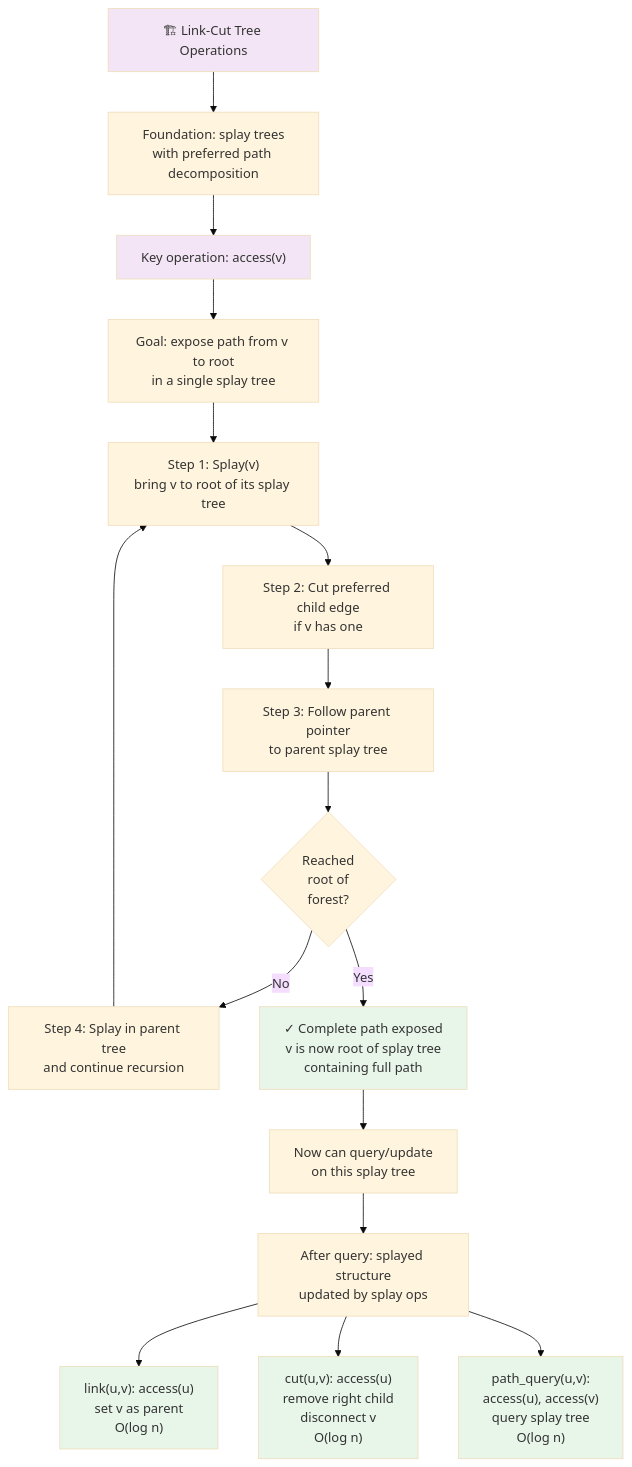
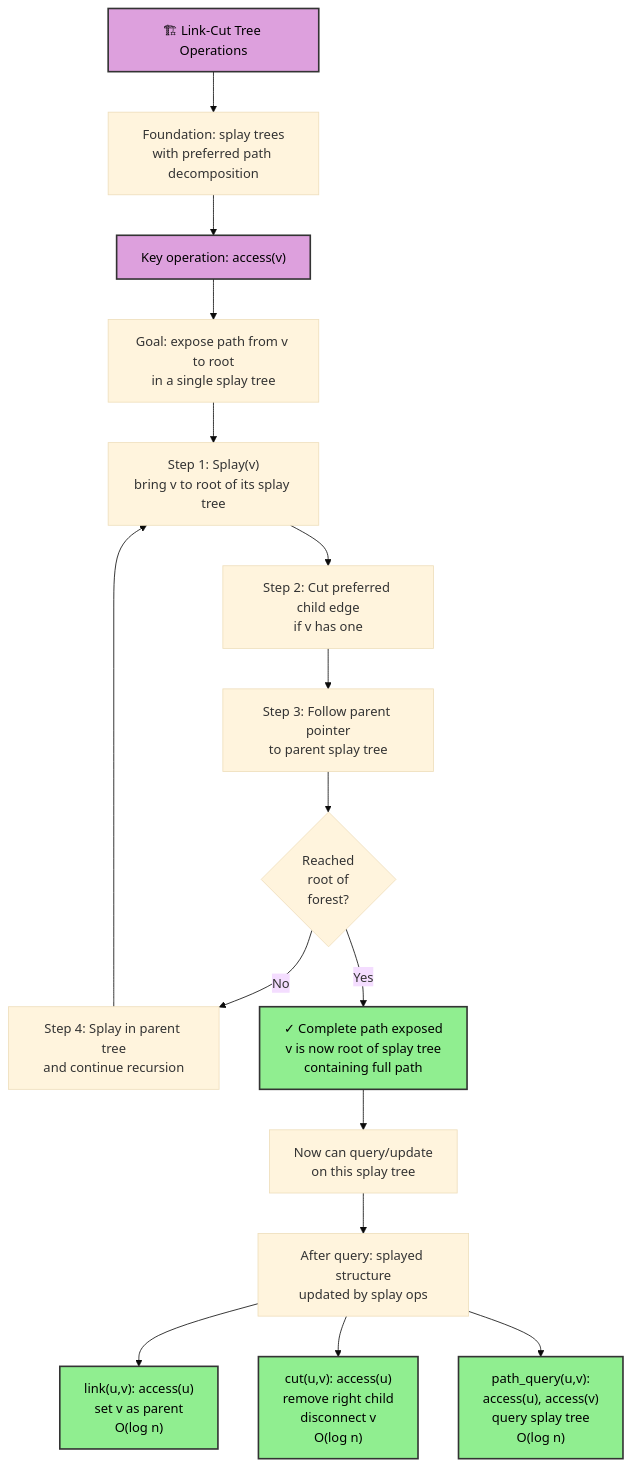
The third of 4 diagrams in docs/advanced_ds/link_cut_tree.md (souradeepta/interviewprep), drawn with Mermaid (base theme) before and after one commit. The commit also changed other lines of this file and 31 other files, not shown here.

Commit message:
updated graphs

````diff
--- a/docs/advanced_ds/link_cut_tree.md
+++ b/docs/advanced_ds/link_cut_tree.md
@@ -151,25 +151,25 @@
 ```mermaid
 flowchart TD
     A["🏗 Link-Cut Tree Operations"] --> B["Foundation: splay trees<br/>with preferred path decomposition"]
     B --> C["Key operation: access(v)"]
     C --> D["Goal: expose path from v to root<br/>in a single splay tree"]
     D --> E["Step 1: Splay(v)<br/>bring v to root of its splay tree"]
     E --> F["Step 2: Cut preferred child edge<br/>if v has one"]
     F --> G["Step 3: Follow parent pointer<br/>to parent splay tree"]
     G --> H{"Reached<br/>root of<br/>forest?"}
     H -->|No| I["Step 4: Splay in parent tree<br/>and continue recursion"]
     I --> E
     H -->|Yes| J["✓ Complete path exposed<br/>v is now root of splay tree<br/>containing full path"]
     J --> K["Now can query/update<br/>on this splay tree"]
     K --> L["After query: splayed structure<br/>updated by splay ops"]
     L --> M["link(u,v): access(u)<br/>set v as parent<br/>O(log n)"]
     L --> N["cut(u,v): access(u)<br/>remove right child<br/>disconnect v<br/>O(log n)"]
     L --> O["path_query(u,v):<br/>access(u), access(v)<br/>query splay tree<br/>O(log n)"]
     
-    style A fill:#f3e5f5
-    style C fill:#f3e5f5
-    style J fill:#e8f5e9
-    style M fill:#e8f5e9
-    style N fill:#e8f5e9
-    style O fill:#e8f5e9
+    style A fill:#dda0dd,color:#000,stroke:#333,stroke-width:2px
+    style C fill:#dda0dd,color:#000,stroke:#333,stroke-width:2px
+    style J fill:#90ee90,color:#000,stroke:#333,stroke-width:2px
+    style M fill:#90ee90,color:#000,stroke:#333,stroke-width:2px
+    style N fill:#90ee90,color:#000,stroke:#333,stroke-width:2px
+    style O fill:#90ee90,color:#000,stroke:#333,stroke-width:2px
 ```
````
